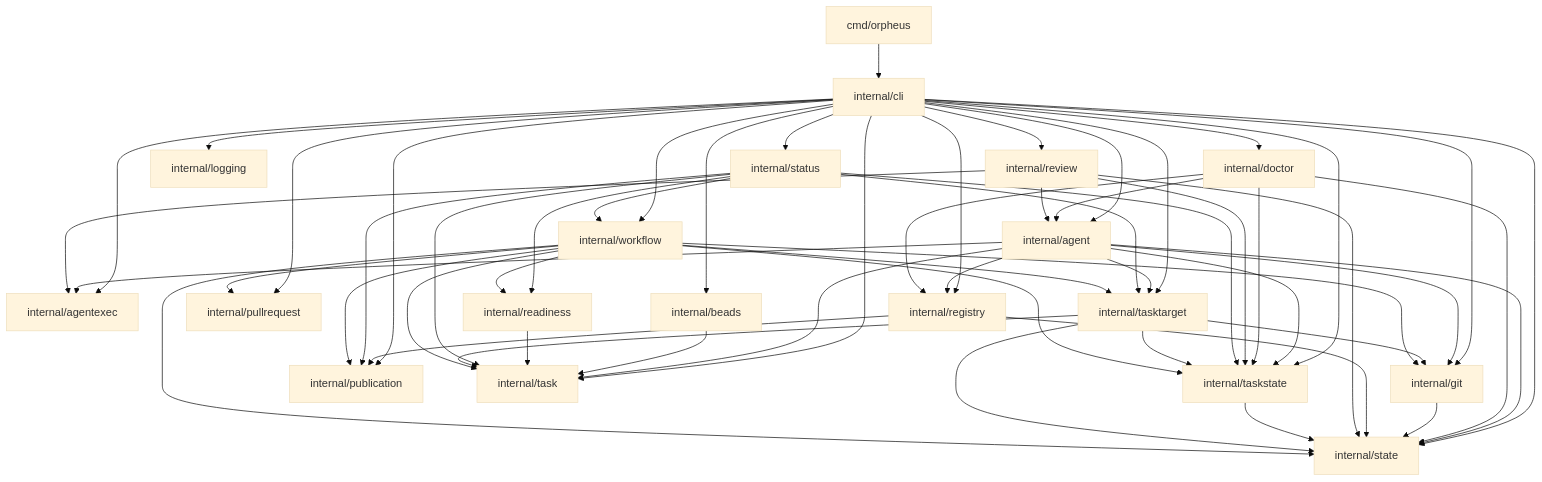
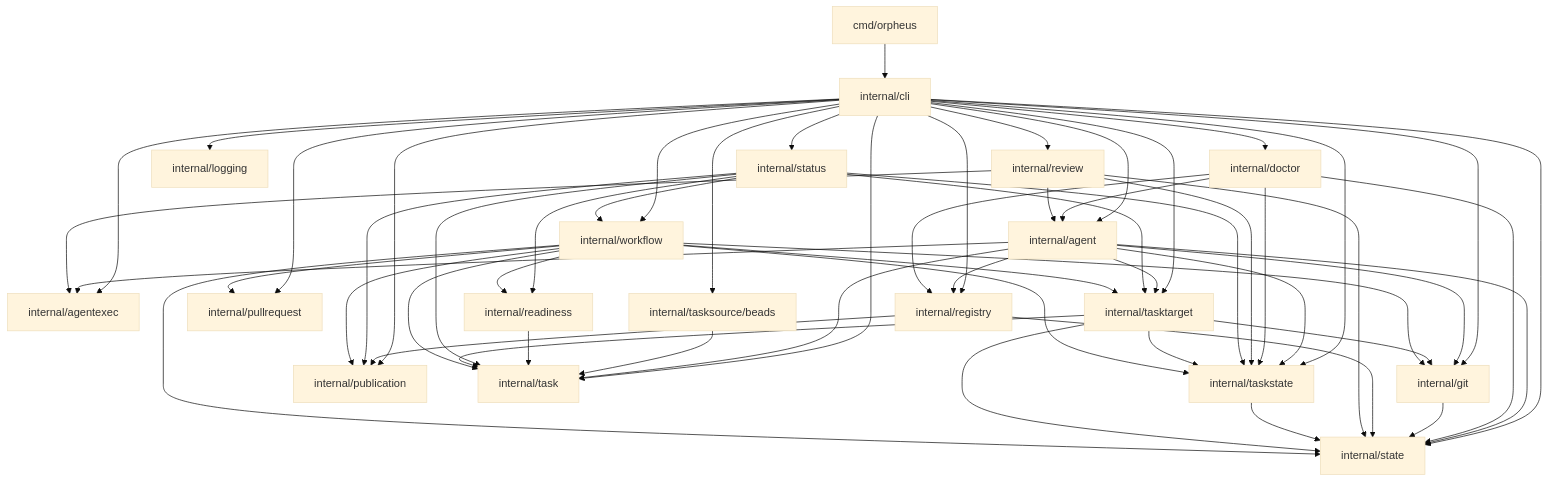
The diagram in docs/developer/architecture.md (hea3ven/orpheus), drawn with Mermaid (base theme) before and after one commit. The commit also changed other lines of this file and 16 other files, not shown here.

First line of the commit message:
refactor: group the Beads adapter under tasksource (#141)

````diff
--- a/docs/developer/architecture.md
+++ b/docs/developer/architecture.md
@@ -34,62 +34,62 @@
 ```mermaid
 flowchart TD
     cmd["cmd/orpheus"] --> cli["internal/cli"]
 
     cli --> agent["internal/agent"]
     cli --> agentexec["internal/agentexec"]
-    cli --> beads["internal/beads"]
+    cli --> beads["internal/tasksource/beads"]
     cli --> doctor["internal/doctor"]
     cli --> git["internal/git"]
     cli --> logging["internal/logging"]
     cli --> publication["internal/publication"]
     cli --> pullrequest["internal/pullrequest"]
     cli --> registry["internal/registry"]
     cli --> review["internal/review"]
     cli --> state["internal/state"]
     cli --> status["internal/status"]
     cli --> task["internal/task"]
     cli --> taskstate["internal/taskstate"]
     cli --> tasktarget["internal/tasktarget"]
     cli --> workflow["internal/workflow"]
 
     agent --> agentexec["internal/agentexec"]
     agent --> git
     agent --> registry
     agent --> state
     agent --> task
     agent --> taskstate
     agent --> tasktarget
 
     beads --> task
     doctor --> agent
     doctor --> registry
     doctor --> state
     doctor --> taskstate
     git --> state
     readiness["internal/readiness"] --> task
     registry --> publication
     registry --> state
     review --> agent
     review --> agentexec
     review --> state
     review --> taskstate
     status --> publication
     status --> readiness
     status --> task
     status --> taskstate
     status --> tasktarget
     status --> workflow
     taskstate --> state
     tasktarget --> git
     tasktarget --> state
     tasktarget --> task
     tasktarget --> taskstate
     workflow --> git
     workflow --> publication
     workflow --> pullrequest
     workflow --> readiness
     workflow --> state
     workflow --> task
     workflow --> taskstate
     workflow --> tasktarget
 ```
````
